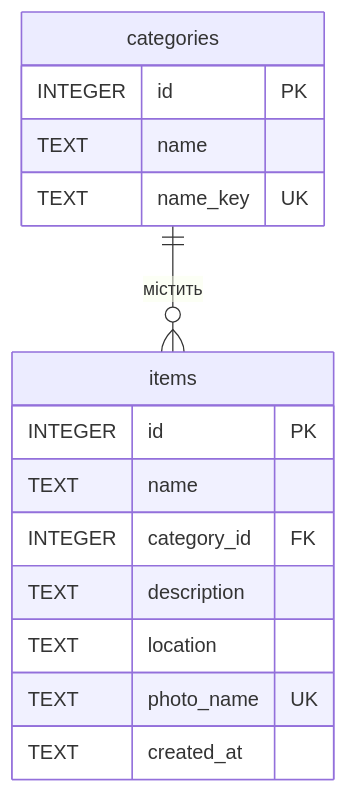
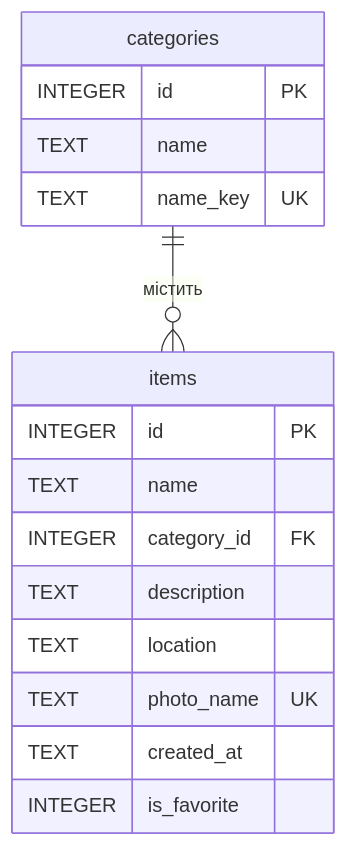
Before and after one commit to Sh1kami/Kursovoj: the diagram in docs/database.md, drawn with Mermaid. The commit also changed other lines of this file and 32 other files, not shown here.

````diff
--- a/docs/database.md
+++ b/docs/database.md
@@ -5,18 +5,19 @@
 ```mermaid
 erDiagram
   categories ||--o{ items : "містить"
   categories {
     INTEGER id PK
     TEXT name
     TEXT name_key UK
   }
   items {
     INTEGER id PK
     TEXT name
     INTEGER category_id FK
     TEXT description
     TEXT location
     TEXT photo_name UK
     TEXT created_at
+    INTEGER is_favorite
   }
 ```
````
